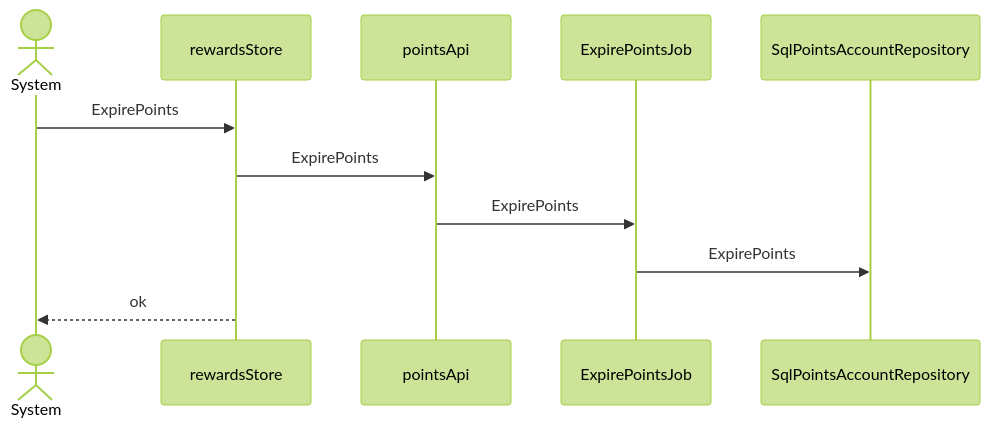
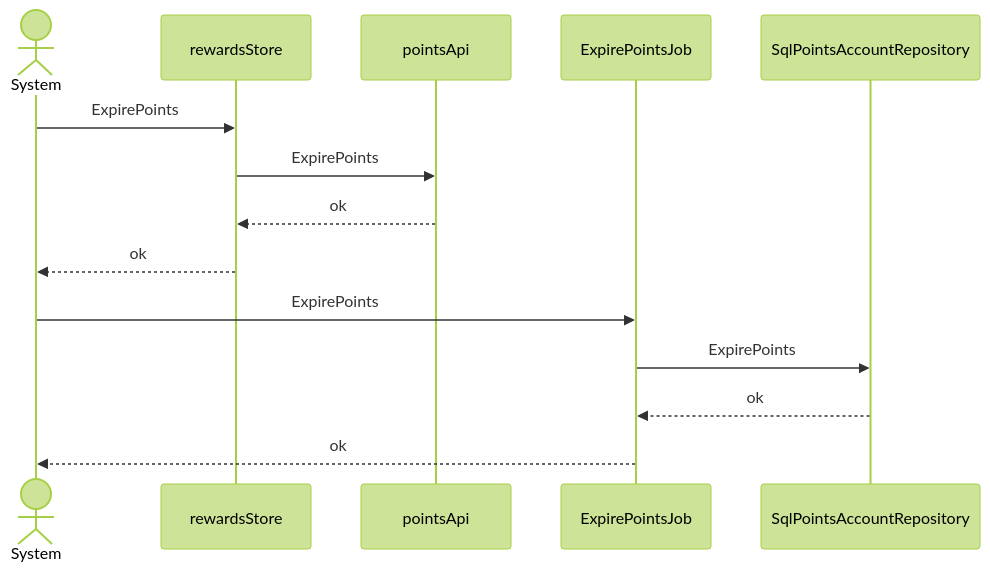
Before and after one commit to pin0513/AITools: the fifth of 6 diagrams in skills/spec-dev-process/examples/matrix/fs-front-mixed-s3/specs/rd/points-redemption/spec/30-architecture-c4.md, drawn with Mermaid (forest theme). The commit also changed other lines of this file and 257 other files, not shown here.

````diff
--- a/skills/spec-dev-process/examples/matrix/fs-front-mixed-s3/specs/rd/points-redemption/spec/30-architecture-c4.md
+++ b/skills/spec-dev-process/examples/matrix/fs-front-mixed-s3/specs/rd/points-redemption/spec/30-architecture-c4.md
@@ -124,13 +131,16 @@
 ```mermaid
 sequenceDiagram
   actor U as System
   participant CMP004 as rewardsStore
   participant CMP005 as pointsApi
   participant CMP008 as ExpirePointsJob
   participant CMP010 as SqlPointsAccountRepository
   U->>CMP004: ExpirePoints
   CMP004->>CMP005: ExpirePoints
-  CMP005->>CMP008: ExpirePoints
+  CMP005-->>CMP004: ok
+  CMP004-->>U: ok
+  U->>CMP008: ExpirePoints
   CMP008->>CMP010: ExpirePoints
-  CMP004-->>U: ok
+  CMP010-->>CMP008: ok
+  CMP008-->>U: ok
 ```
````
